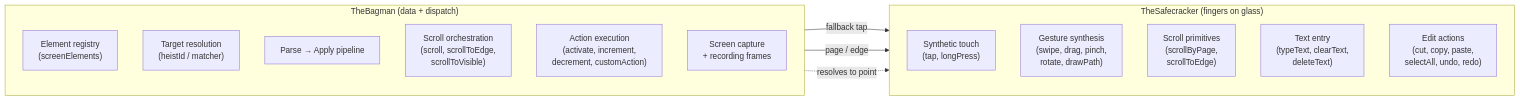
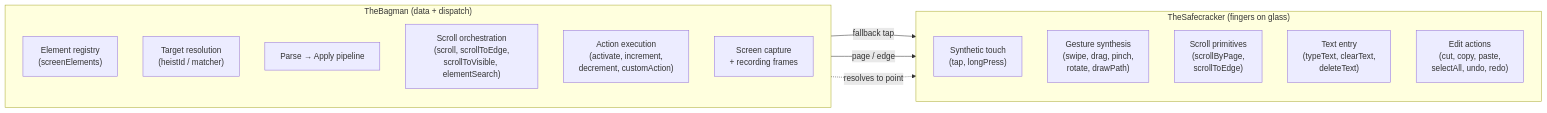
The first of 7 diagrams in docs/dossiers/13-THEBAGMAN.md (RoyalPineapple/TheButtonHeist), drawn with Mermaid before and after one commit. The commit also changed other lines of this file and 23 other files, not shown here.

First line of the commit message:
Split scroll_to_visible into one-shot scroll and element_search

````diff
--- a/docs/dossiers/13-THEBAGMAN.md
+++ b/docs/dossiers/13-THEBAGMAN.md
@@ -38,25 +38,25 @@
 ```mermaid
 flowchart LR
     subgraph TheBagman ["TheBagman (data + dispatch)"]
         direction TB
         B1["Element registry<br/>(screenElements)"]
         B2["Target resolution<br/>(heistId / matcher)"]
         B3["Parse → Apply pipeline"]
-        B4["Scroll orchestration<br/>(scroll, scrollToEdge,<br/>scrollToVisible)"]
+        B4["Scroll orchestration<br/>(scroll, scrollToEdge,<br/>scrollToVisible, elementSearch)"]
         B5["Action execution<br/>(activate, increment,<br/>decrement, customAction)"]
         B6["Screen capture<br/>+ recording frames"]
     end
 
     subgraph TheSafecracker ["TheSafecracker (fingers on glass)"]
         direction TB
         S1["Synthetic touch<br/>(tap, longPress)"]
         S2["Gesture synthesis<br/>(swipe, drag, pinch,<br/>rotate, drawPath)"]
         S3["Scroll primitives<br/>(scrollByPage,<br/>scrollToEdge)"]
         S4["Text entry<br/>(typeText, clearText,<br/>deleteText)"]
         S5["Edit actions<br/>(cut, copy, paste,<br/>selectAll, undo, redo)"]
     end
 
     B5 -->|"fallback tap"| S1
     B4 -->|"page / edge"| S3
     B1 -.->|"resolves to point"| S2
 ```
````
